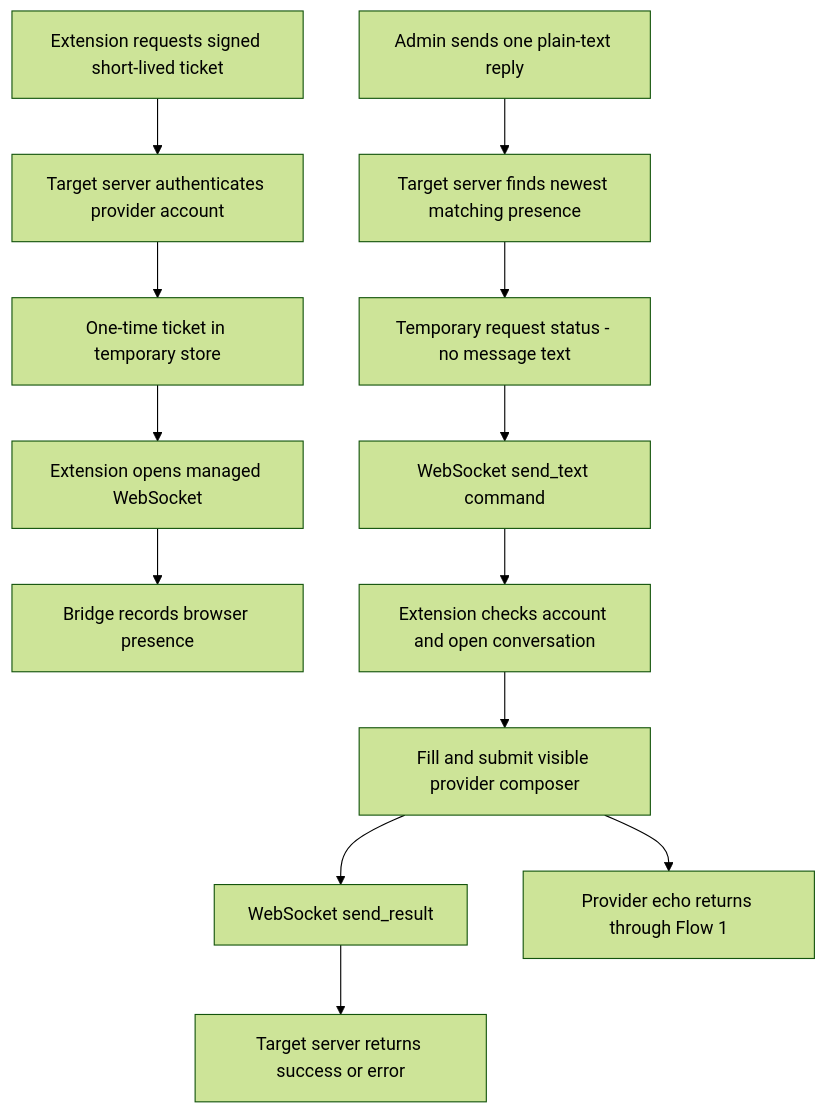
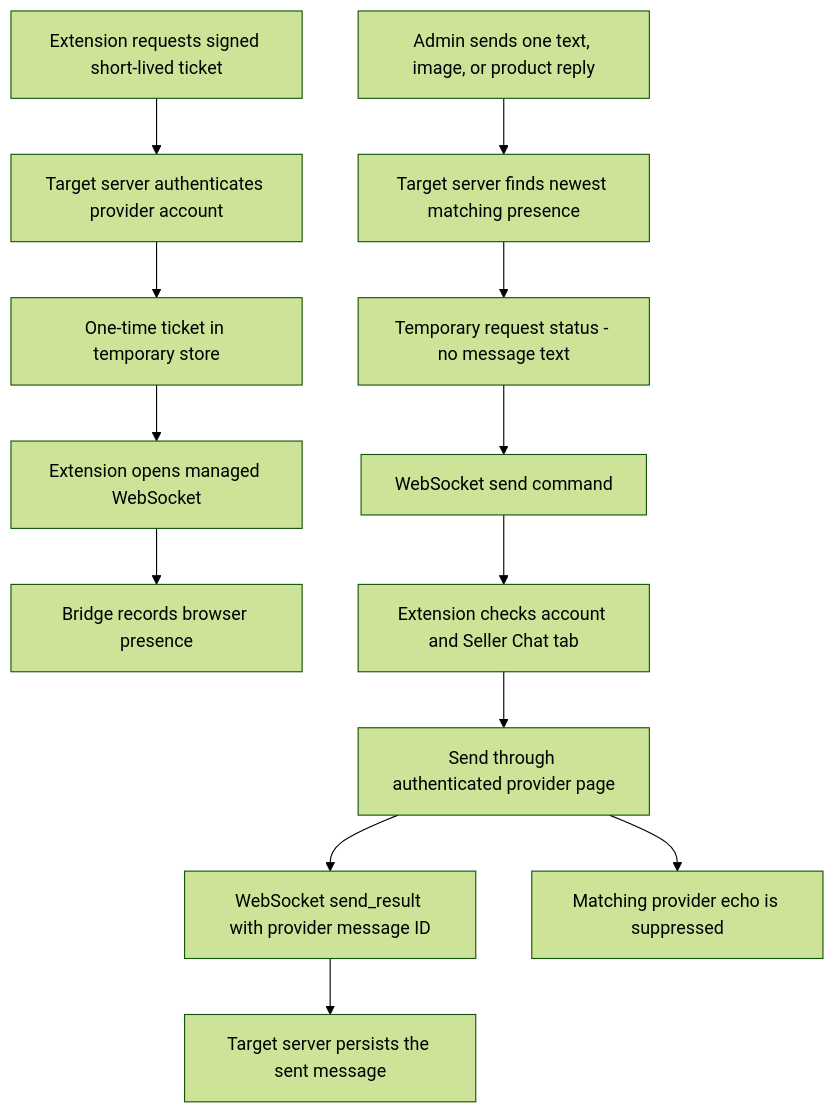
One commit to kaojai-ai/omnichat-bridge changed the second of 2 diagrams in docs/technical-debt.md. Above: the diagram before and after it, drawn with Mermaid (forest theme). The commit also changed other lines of this file and 4 other files, not shown here.

Commit message:
fix: persist Shopee replies from provider result

````diff
--- a/docs/technical-debt.md
+++ b/docs/technical-debt.md
@@ -103,15 +103,15 @@
 ```mermaid
 flowchart TD
     A["Extension requests signed short-lived ticket"] --> B["Target server authenticates provider account"]
     B --> C["One-time ticket in temporary store"]
     C --> D["Extension opens managed WebSocket"]
     D --> E["Bridge records browser presence"]
-    F["Admin sends one plain-text reply"] --> G["Target server finds newest matching presence"]
+    F["Admin sends one text, image, or product reply"] --> G["Target server finds newest matching presence"]
     G --> H["Temporary request status - no message text"]
-    H --> I["WebSocket send_text command"]
-    I --> J["Extension checks account and open conversation"]
-    J --> K["Fill and submit visible provider composer"]
-    K --> L["WebSocket send_result"]
-    L --> M["Target server returns success or error"]
-    K --> N["Provider echo returns through Flow 1"]
+    H --> I["WebSocket send command"]
+    I --> J["Extension checks account and Seller Chat tab"]
+    J --> K["Send through authenticated provider page"]
+    K --> L["WebSocket send_result with provider message ID"]
+    L --> M["Target server persists the sent message"]
+    K --> N["Matching provider echo is suppressed"]
 ```
````
